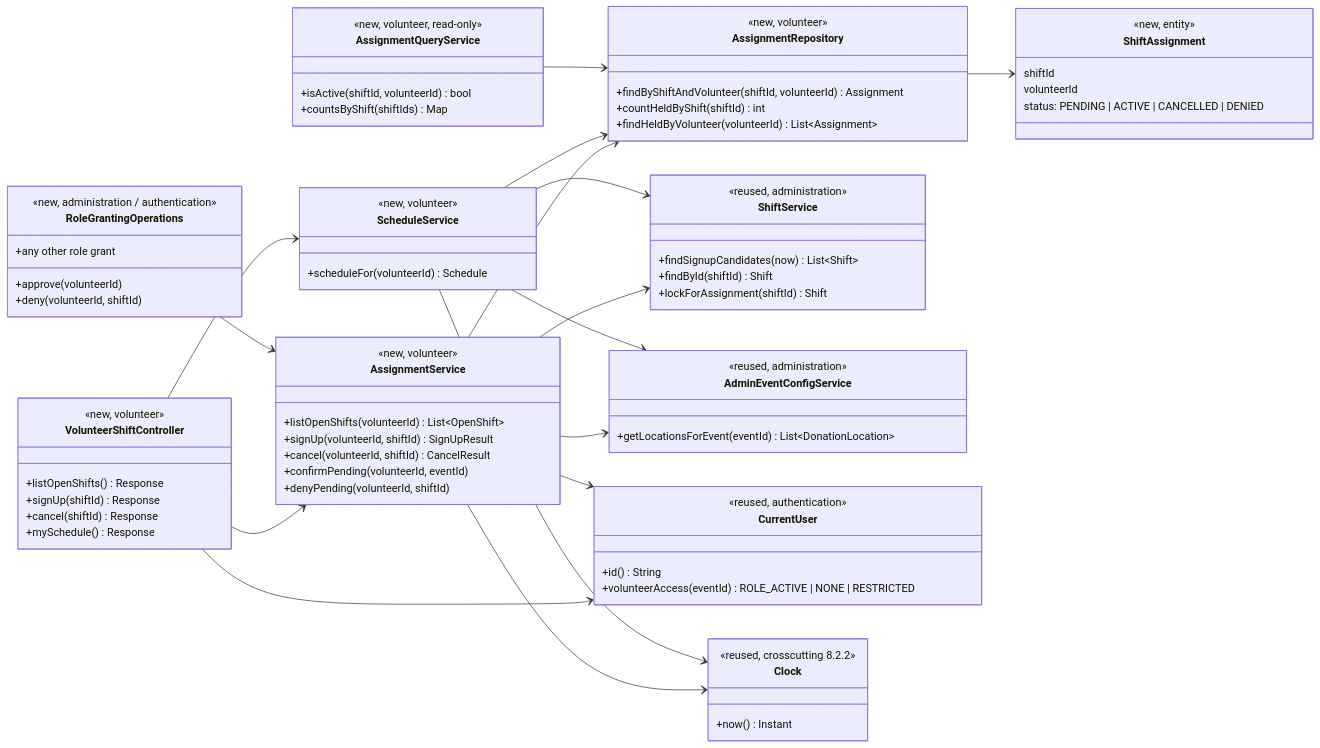
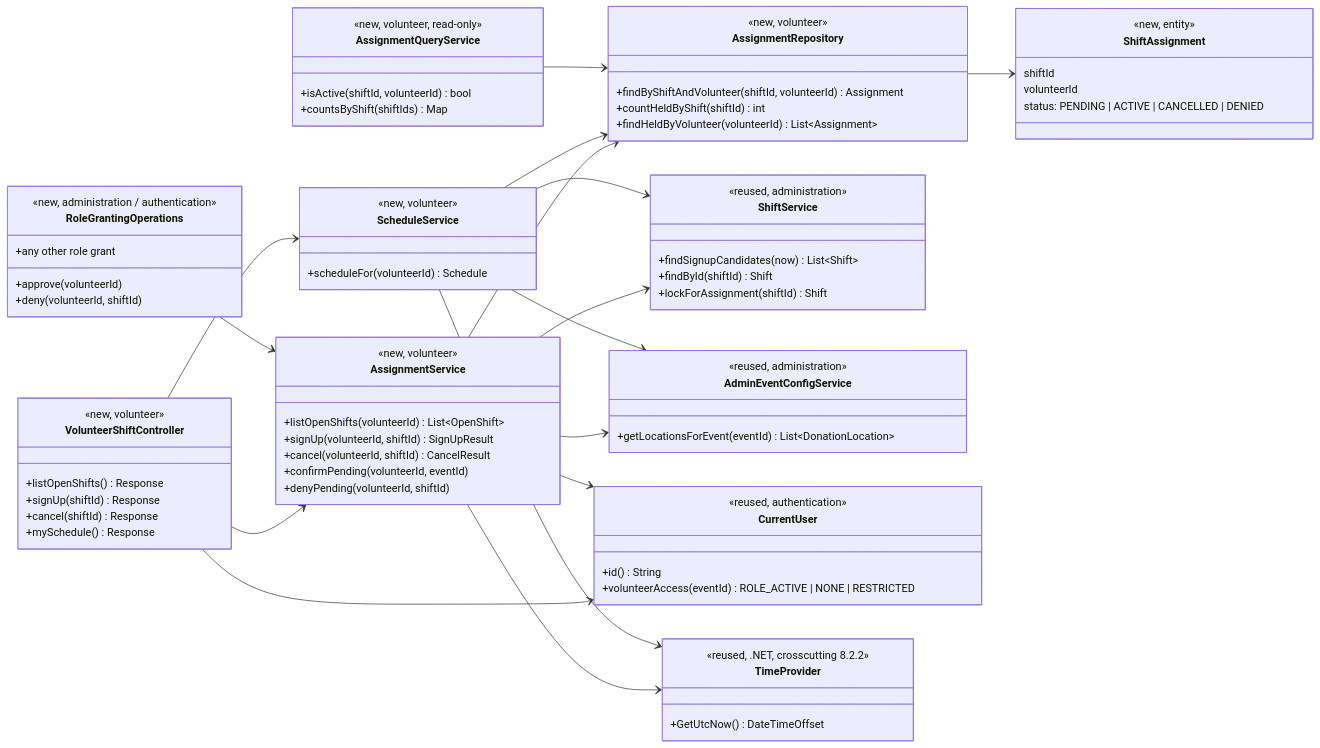
Before and after one commit to evelyntrann/cosc-40943-team-3-refrog: the first of 6 diagrams in docs/design/VOL.md, drawn with Mermaid. The commit also changed other lines of this file and 22 other files, not shown here.

````diff
--- a/docs/design/VOL.md
+++ b/docs/design/VOL.md
@@ -57,80 +57,80 @@
 ```mermaid
 classDiagram
     direction LR
     class VolunteerShiftController {
         <<new, volunteer>>
         +listOpenShifts() Response
         +signUp(shiftId) Response
         +cancel(shiftId) Response
         +mySchedule() Response
     }
     class AssignmentService {
         <<new, volunteer>>
         +listOpenShifts(volunteerId) List~OpenShift~
         +signUp(volunteerId, shiftId) SignUpResult
         +cancel(volunteerId, shiftId) CancelResult
         +confirmPending(volunteerId, eventId)
         +denyPending(volunteerId, shiftId)
     }
     class RoleGrantingOperations {
         <<new, administration / authentication>>
         +approve(volunteerId)
         +deny(volunteerId, shiftId)
         +any other role grant
     }
     class ScheduleService {
         <<new, volunteer>>
         +scheduleFor(volunteerId) Schedule
     }
     class AssignmentRepository {
         <<new, volunteer>>
         +findByShiftAndVolunteer(shiftId, volunteerId) Assignment
         +countHeldByShift(shiftId) int
         +findHeldByVolunteer(volunteerId) List~Assignment~
     }
     class AssignmentQueryService {
         <<new, volunteer, read-only>>
         +isActive(shiftId, volunteerId) bool
         +countsByShift(shiftIds) Map
     }
     class ShiftAssignment {
         <<new, entity>>
         shiftId
         volunteerId
         status: PENDING | ACTIVE | CANCELLED | DENIED
     }
     class ShiftService {
         <<reused, administration>>
         +findSignupCandidates(now) List~Shift~
         +findById(shiftId) Shift
         +lockForAssignment(shiftId) Shift
     }
     class AdminEventConfigService {
         <<reused, administration>>
         +getLocationsForEvent(eventId) List~DonationLocation~
     }
     class CurrentUser {
         <<reused, authentication>>
         +id() String
         +volunteerAccess(eventId) ROLE_ACTIVE | NONE | RESTRICTED
     }
-    class Clock {
-        <<reused, crosscutting 8.2.2>>
-        +now() Instant
+    class TimeProvider {
+        <<reused, .NET, crosscutting 8.2.2>>
+        +GetUtcNow() DateTimeOffset
     }
     VolunteerShiftController --> AssignmentService
     VolunteerShiftController --> ScheduleService
     VolunteerShiftController --> CurrentUser
     AssignmentService --> AssignmentRepository
     AssignmentService --> ShiftService
     AssignmentService --> AdminEventConfigService
     AssignmentService --> CurrentUser
-    AssignmentService --> Clock
+    AssignmentService --> TimeProvider
     ScheduleService --> AssignmentRepository
     ScheduleService --> ShiftService
     ScheduleService --> AdminEventConfigService
-    ScheduleService --> Clock
+    ScheduleService --> TimeProvider
     AssignmentQueryService --> AssignmentRepository
     AssignmentRepository --> ShiftAssignment
     RoleGrantingOperations --> AssignmentService
 ```
````
